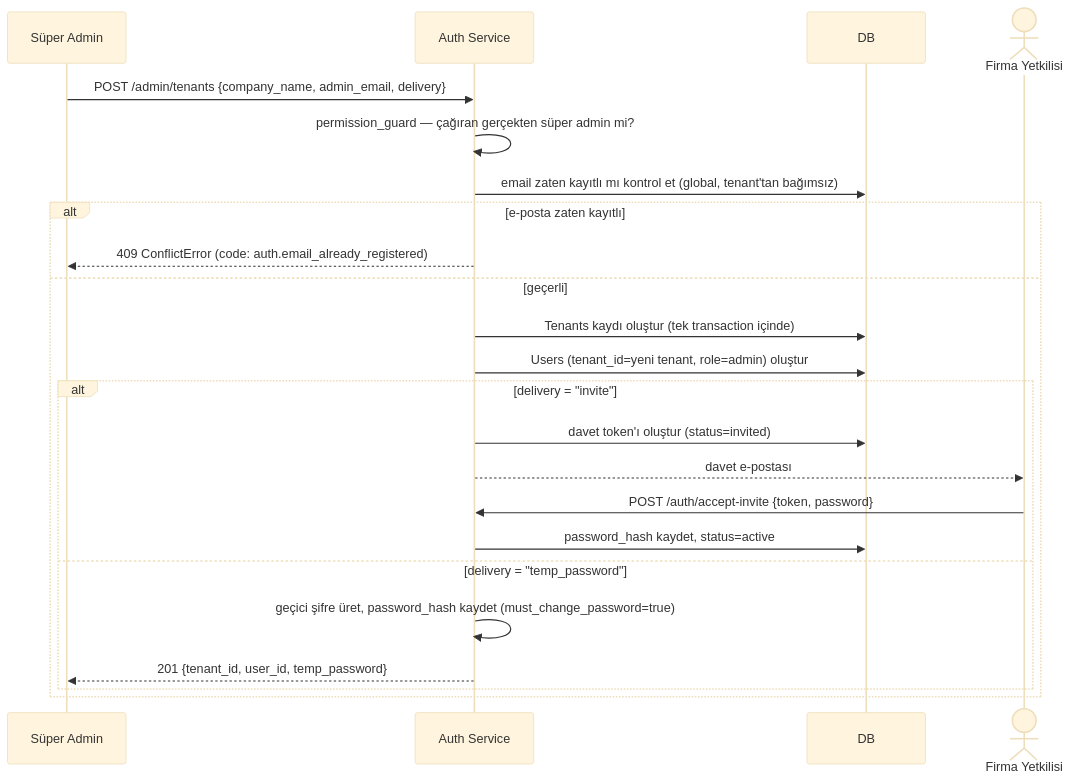
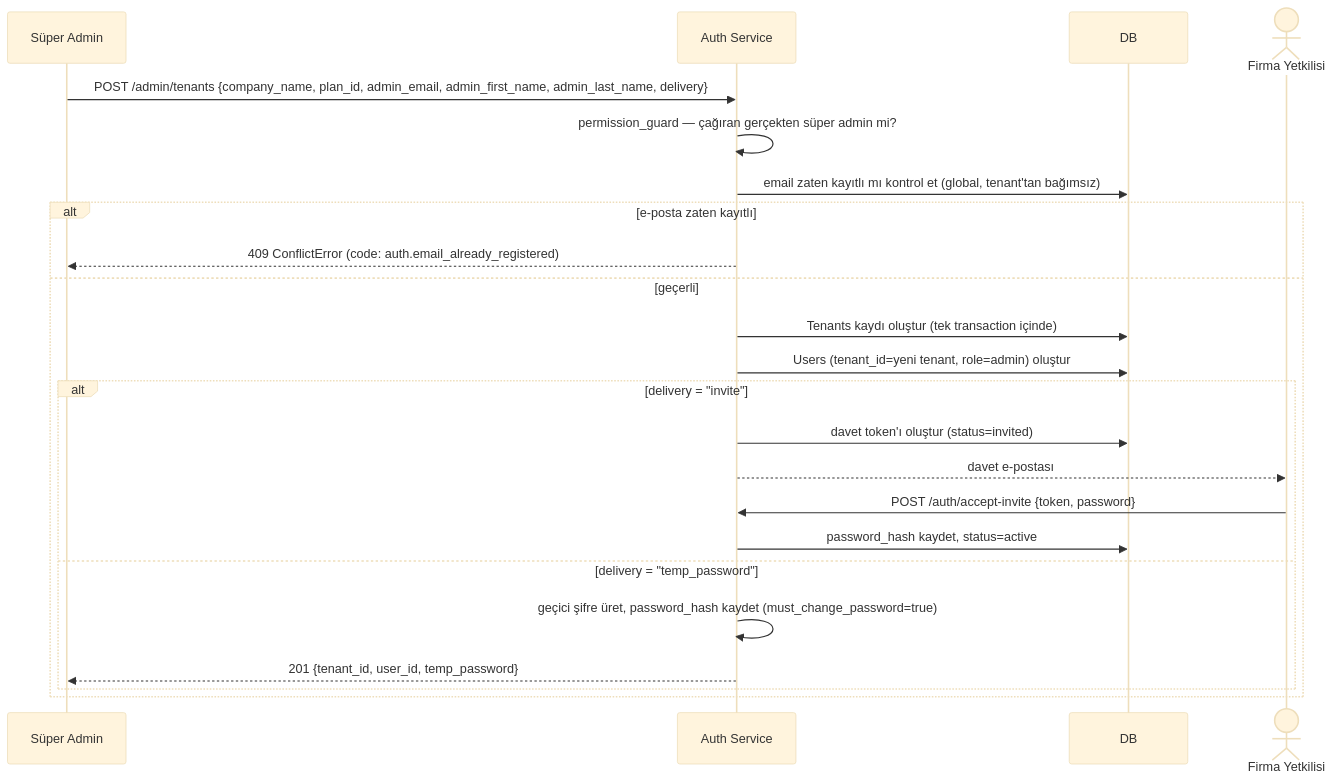
Before and after one commit to yusufkrnz/NPBackDocs: the diagram in docs/use-cases/user-registration.mdx, drawn with Mermaid (base theme). The commit also changed other lines of this file, not shown here.

First line of the commit message:
Tenant oluşturma: plan_id + admin adı alanları, doğru status code, token dönmediğinin gerekçesi

````diff
--- a/docs/use-cases/user-registration.mdx
+++ b/docs/use-cases/user-registration.mdx
@@ -46,27 +84,27 @@
 ```mermaid
 sequenceDiagram
     participant SA as Süper Admin
     participant Auth as Auth Service
     participant DB
     actor Yetkili as Firma Yetkilisi
 
-    SA->>Auth: POST /admin/tenants {company_name, admin_email, delivery}
+    SA->>Auth: POST /admin/tenants {company_name, plan_id, admin_email, admin_first_name, admin_last_name, delivery}
     Auth->>Auth: permission_guard — çağıran gerçekten süper admin mi?
     Auth->>DB: email zaten kayıtlı mı kontrol et (global, tenant'tan bağımsız)
     alt e-posta zaten kayıtlı
         Auth-->>SA: 409 ConflictError (code: auth.email_already_registered)
     else geçerli
         Auth->>DB: Tenants kaydı oluştur (tek transaction içinde)
         Auth->>DB: Users (tenant_id=yeni tenant, role=admin) oluştur
 
         alt delivery = "invite"
             Auth->>DB: davet token'ı oluştur (status=invited)
             Auth-->>Yetkili: davet e-postası
             Yetkili->>Auth: POST /auth/accept-invite {token, password}
             Auth->>DB: password_hash kaydet, status=active
         else delivery = "temp_password"
             Auth->>Auth: geçici şifre üret, password_hash kaydet (must_change_password=true)
             Auth-->>SA: 201 {tenant_id, user_id, temp_password}
         end
     end
 ```
````
